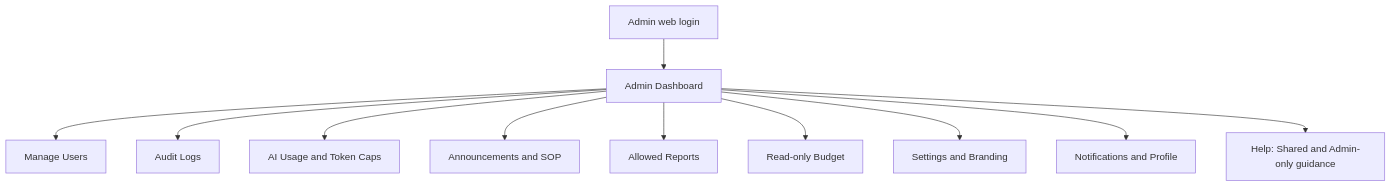
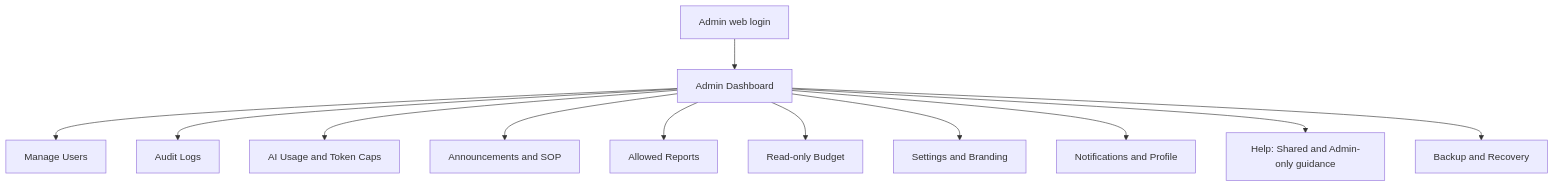
The first of 6 diagrams in docs/modules/Flowcharts/Admin Operations.md (ja2gc/Nutriscope), drawn with Mermaid before and after one commit. The commit also changed other lines of this file and 7 other files, not shown here.

````diff
--- a/docs/modules/Flowcharts/Admin Operations.md
+++ b/docs/modules/Flowcharts/Admin Operations.md
@@ -7,13 +7,14 @@
 ```mermaid
 flowchart TD
     A["Admin web login"] --> B["Admin Dashboard"]
     B --> C["Manage Users"]
     B --> D["Audit Logs"]
     B --> E["AI Usage and Token Caps"]
     B --> F["Announcements and SOP"]
     B --> G["Allowed Reports"]
     B --> H["Read-only Budget"]
     B --> I["Settings and Branding"]
     B --> J["Notifications and Profile"]
     B --> K["Help: Shared and Admin-only guidance"]
+    B --> L["Backup and Recovery"]
 ```
````
